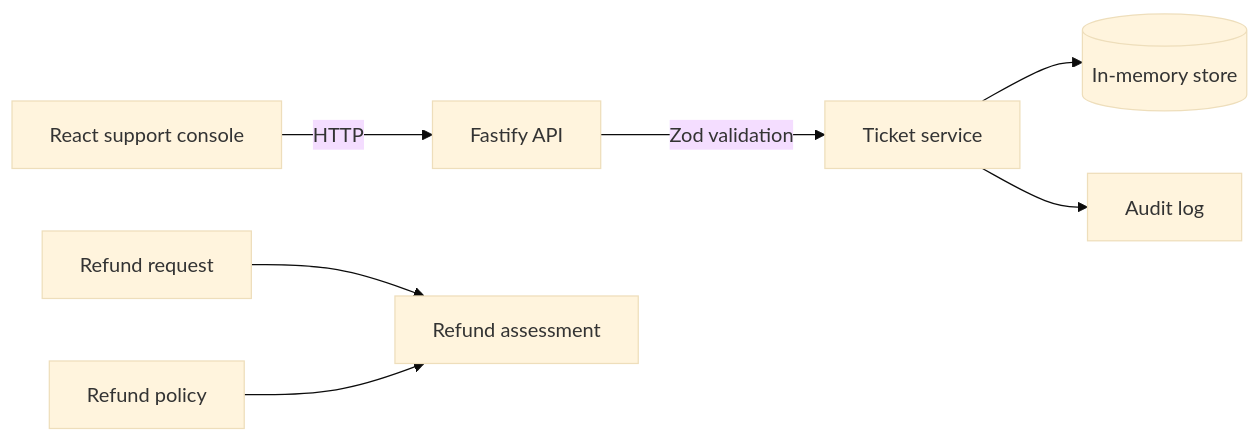
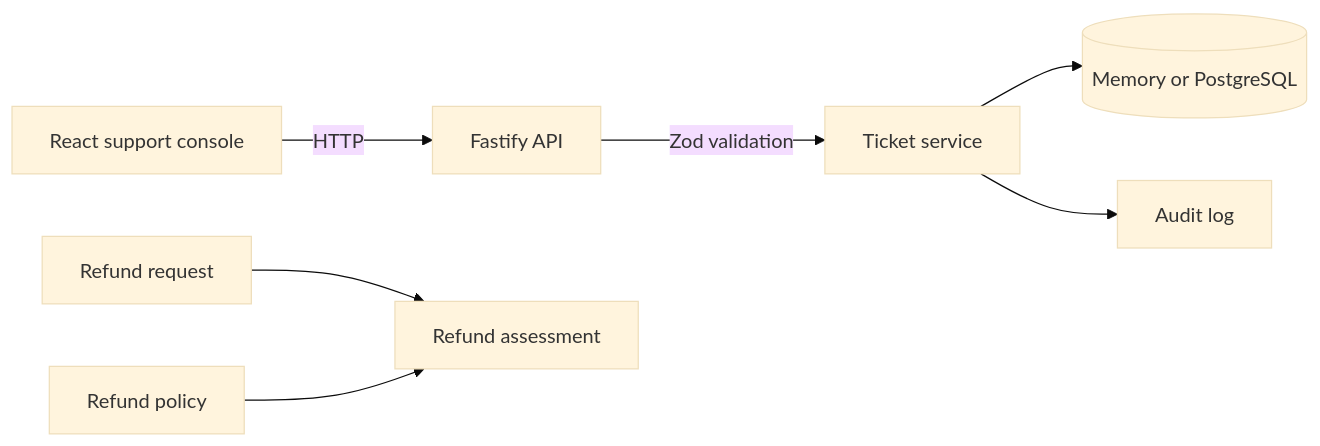
Before and after one commit to erfanal1n/ai-support-operations-platform: the diagram in README.md, drawn with Mermaid (base theme). The commit also changed other lines of this file and 17 other files, not shown here.

````diff
--- a/README.md
+++ b/README.md
@@ -20,9 +20,9 @@
 ```mermaid
 flowchart LR
   Console[React support console] -->|HTTP| API[Fastify API]
   API -->|Zod validation| TicketService[Ticket service]
-  TicketService --> Store[(In-memory store)]
+  TicketService --> Store[(Memory or PostgreSQL)]
   TicketService --> Audit[Audit log]
   RefundRequest[Refund request] --> Assessment[Refund assessment]
   Policy[Refund policy] --> Assessment
 ```
````
